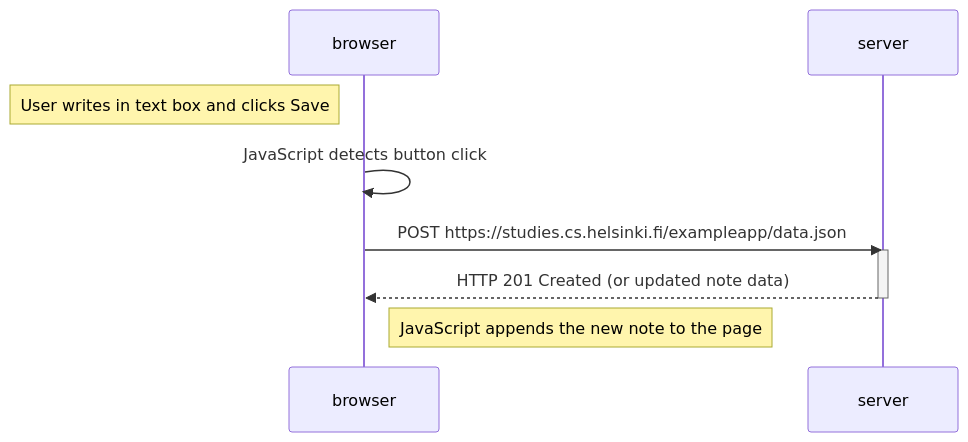
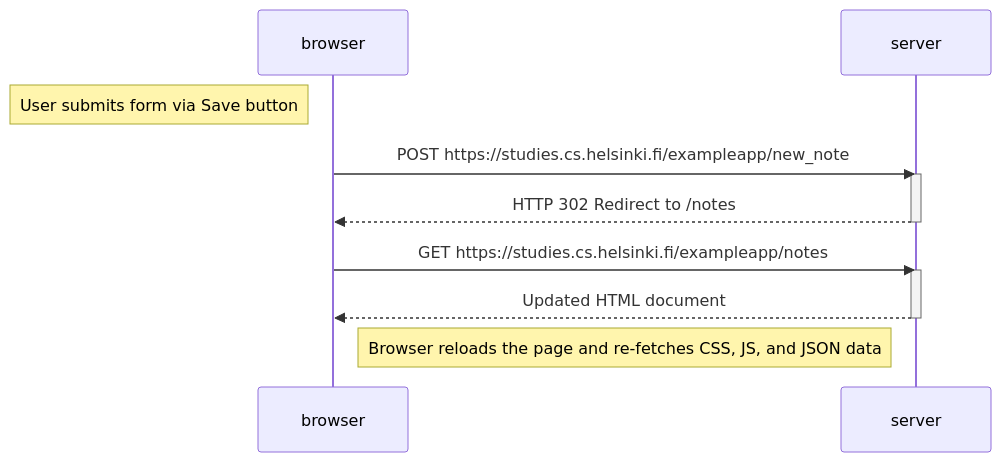
The diagram in part0/0.4-diagram-new-note.md (lpi-tech/fullstackopen-part0), drawn with Mermaid before and after one commit.

````diff
--- a/part0/0.4-diagram-new-note.md
+++ b/part0/0.4-diagram-new-note.md
@@ -1,14 +1,18 @@
 ```mermaid
 sequenceDiagram
     participant browser
     participant server
 
-    Note left of browser: User writes in text box and clicks Save
-    browser->>browser: JavaScript detects button click
-    browser->>server: POST https://studies.cs.helsinki.fi/exampleapp/data.json 
+    Note left of browser: User submits form via Save button
+    browser->>server: POST https://studies.cs.helsinki.fi/exampleapp/new_note 
     activate server
-    server-->>browser: HTTP 201 Created (or updated note data)
+    server-->>browser: HTTP 302 Redirect to /notes
     deactivate server
 
-    Note right of browser: JavaScript appends the new note to the page
+    browser->>server: GET https://studies.cs.helsinki.fi/exampleapp/notes 
+    activate server
+    server-->>browser: Updated HTML document
+    deactivate server
+
+    Note right of browser: Browser reloads the page and re-fetches CSS, JS, and JSON data
 ```
````
